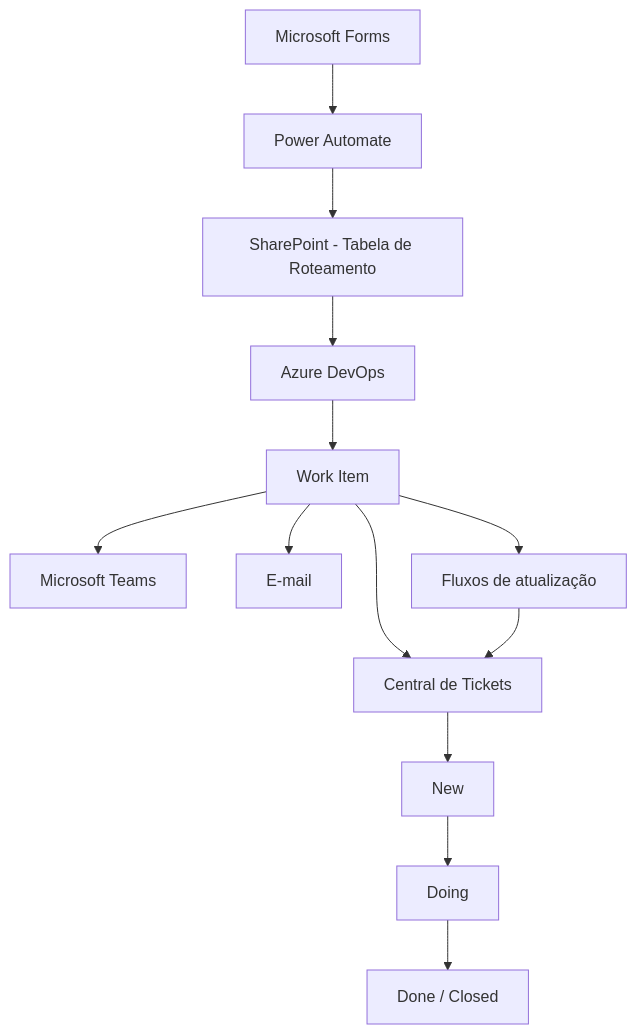
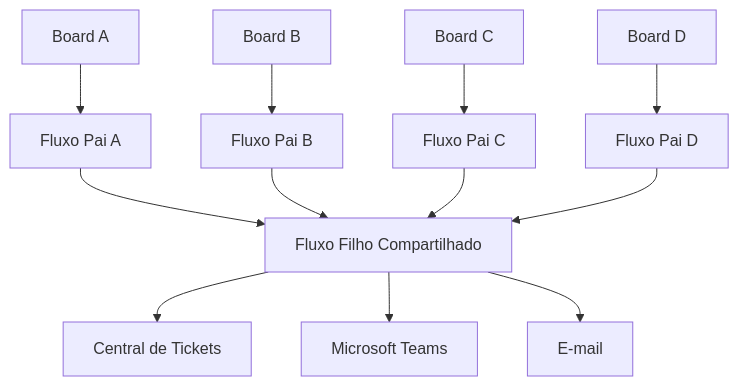
The first of 2 diagrams in README.md (ti-gabriel/central-demandas-tecnologia), drawn with Mermaid before and after one commit. The commit also changed other lines of this file, not shown here.

````diff
--- a/README.md
+++ b/README.md
@@ -41,18 +53,17 @@
 ```mermaid
 flowchart TD
-    A[Microsoft Forms] --> B[Power Automate]
-    B --> C[SharePoint - Tabela de Roteamento]
-    C --> D[Azure DevOps]
-    D --> E[Work Item]
 
-    E --> F[Microsoft Teams]
-    E --> G[E-mail]
-    E --> H[Central de Tickets]
+    A[Board A] --> PA[Fluxo Pai A]
+    B[Board B] --> PB[Fluxo Pai B]
+    C[Board C] --> PC[Fluxo Pai C]
+    D[Board D] --> PD[Fluxo Pai D]
 
-    E --> I[Fluxos de atualização]
-    I --> H
+    PA --> F[Fluxo Filho Compartilhado]
+    PB --> F
+    PC --> F
+    PD --> F
 
-    H --> J[New]
-    J --> K[Doing]
-    K --> L[Done / Closed]
+    F --> S[Central de Tickets]
+    F --> T[Microsoft Teams]
+    F --> M[E-mail]
 ```
````
